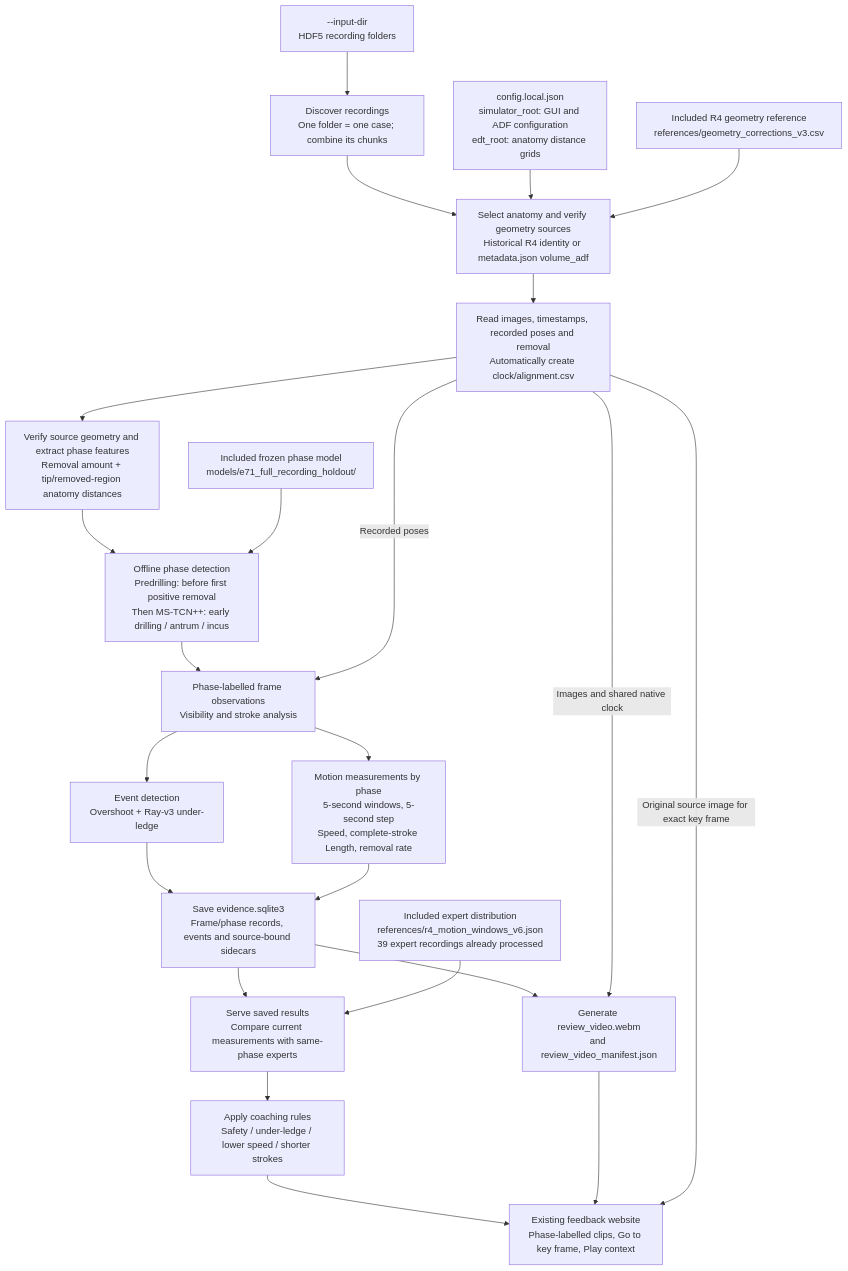
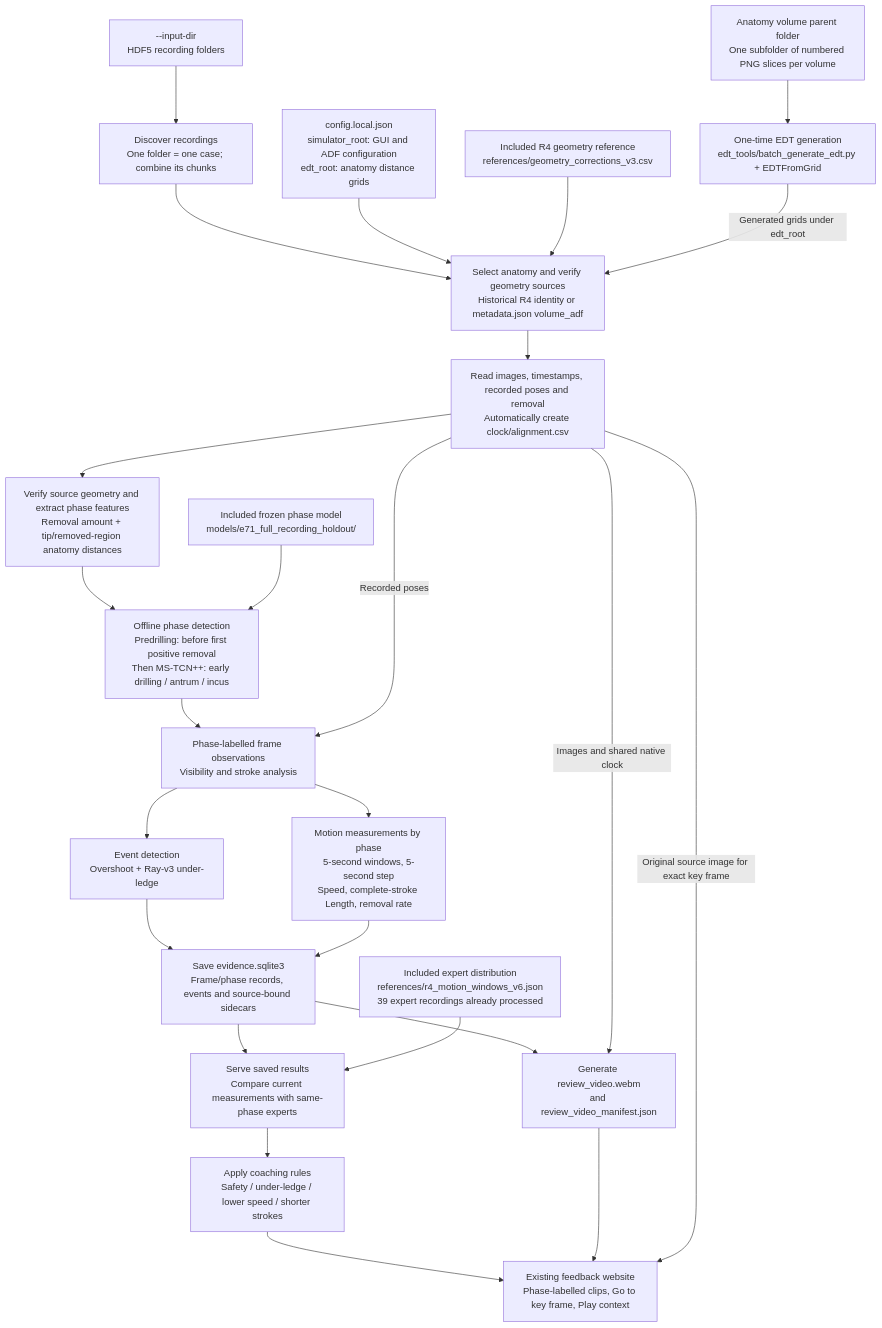
The diagram in README.md (obinwosu/Mastoid-fb-system), drawn with Mermaid before and after one commit. The commit also changed other lines of this file and 1 other file, not shown here.

````diff
--- a/README.md
+++ b/README.md
@@ -257,29 +284,31 @@
 ```mermaid
 flowchart TD
     Input["--input-dir<br/>HDF5 recording folders"] --> Cases["Discover recordings<br/>One folder = one case; combine its chunks"]
     Cases --> Geometry["Select anatomy and verify geometry sources<br/>Historical R4 identity or metadata.json volume_adf"]
 
     Config["config.local.json<br/>simulator_root: GUI and ADF configuration<br/>edt_root: anatomy distance grids"] --> Geometry
     Corrections["Included R4 geometry reference<br/>references/geometry_corrections_v3.csv"] --> Geometry
+    Volumes["Anatomy volume parent folder<br/>One subfolder of numbered PNG slices per volume"] --> EDT["One-time EDT generation<br/>edt_tools/batch_generate_edt.py + EDTFromGrid"]
+    EDT -->|Generated grids under edt_root| Geometry
 
     Geometry --> Read["Read images, timestamps, recorded poses and removal<br/>Automatically create clock/alignment.csv"]
     Read --> Signals["Verify source geometry and extract phase features<br/>Removal amount + tip/removed-region anatomy distances"]
     Signals --> Phase["Offline phase detection<br/>Predrilling: before first positive removal<br/>Then MS-TCN++: early drilling / antrum / incus"]
     Model["Included frozen phase model<br/>models/e71_full_recording_holdout/"] --> Phase
 
     Phase --> Observations["Phase-labelled frame observations<br/>Visibility and stroke analysis"]
     Read -->|Recorded poses| Observations
     Observations --> Events["Event detection<br/>Overshoot + Ray-v3 under-ledge"]
     Observations --> Motion["Motion measurements by phase<br/>5-second windows, 5-second step<br/>Speed, complete-stroke Length, removal rate"]
     Events --> Saved["Save evidence.sqlite3<br/>Frame/phase records, events and source-bound sidecars"]
     Motion --> Saved
 
     Saved --> Video["Generate review_video.webm<br/>and review_video_manifest.json"]
     Read -->|Images and shared native clock| Video
     Saved --> Compare["Serve saved results<br/>Compare current measurements with same-phase experts"]
     Experts["Included expert distribution<br/>references/r4_motion_windows_v6.json<br/>39 expert recordings already processed"] --> Compare
     Compare --> Coaching["Apply coaching rules<br/>Safety / under-ledge / lower speed / shorter strokes"]
     Coaching --> Website["Existing feedback website<br/>Phase-labelled clips, Go to key frame, Play context"]
     Video --> Website
     Read -->|Original source image for exact key frame| Website
 ```
````
